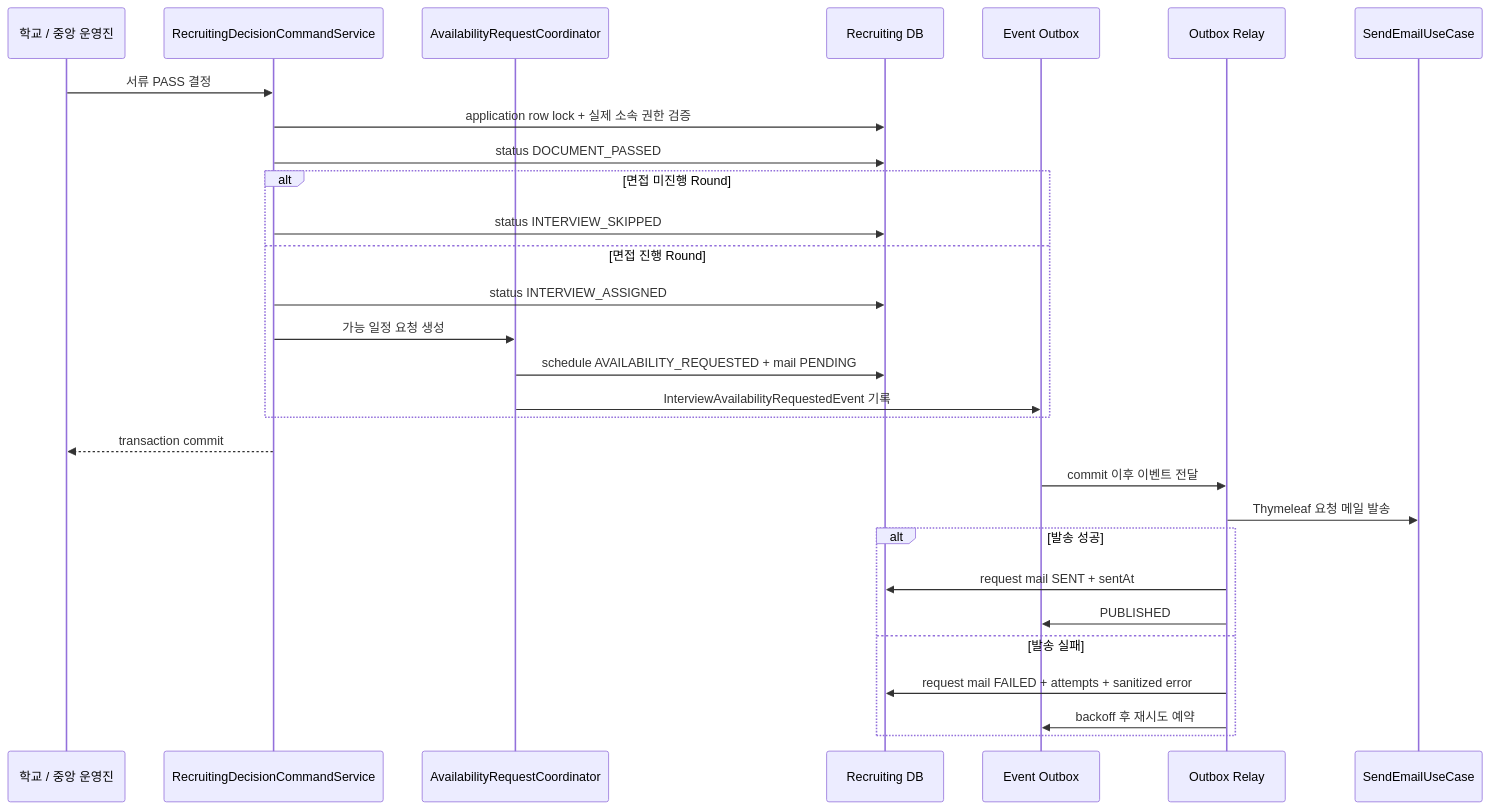
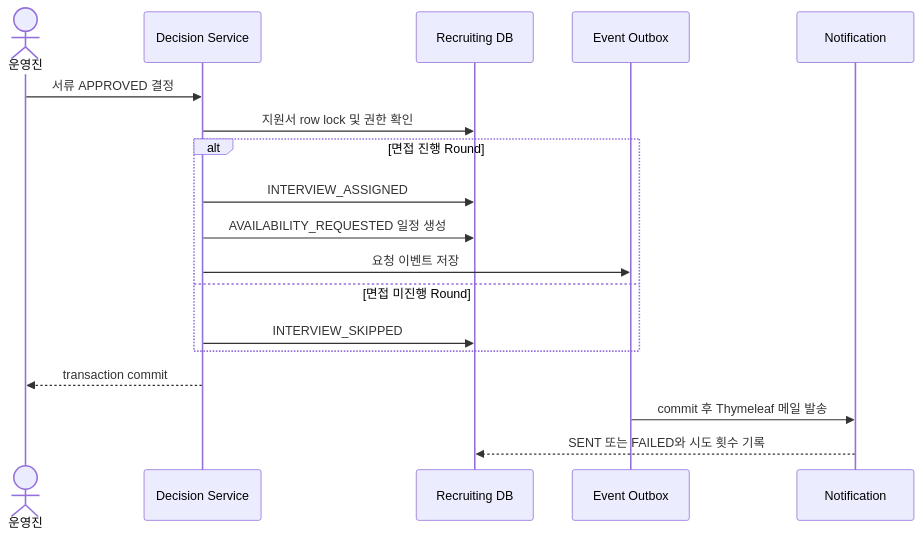
One commit to UMC-PRODUCT/cygnus-server changed the fifth of 6 diagrams in docs/onboarding/domain/recruiting-diagrams.md. Above: the diagram before and after it, drawn with Mermaid. The commit also changed other lines of this file and 193 other files, not shown here.

````diff
--- a/docs/onboarding/domain/recruiting-diagrams.md
+++ b/docs/onboarding/domain/recruiting-diagrams.md
@@ -355,33 +166,21 @@
 ```mermaid
 sequenceDiagram
-    participant Operator as 학교 / 중앙 운영진
-    participant Decision as RecruitingDecisionCommandService
-    participant Schedule as AvailabilityRequestCoordinator
+    actor Operator as 운영진
+    participant Decision as Decision Service
     participant DB as Recruiting DB
     participant Outbox as Event Outbox
-    participant Relay as Outbox Relay
-    participant Notification as SendEmailUseCase
+    participant Mail as Notification
 
-    Operator->>Decision: 서류 PASS 결정
-    Decision->>DB: application row lock + 실제 소속 권한 검증
-    Decision->>DB: status DOCUMENT_PASSED
-    alt 면접 미진행 Round
-        Decision->>DB: status INTERVIEW_SKIPPED
-    else 면접 진행 Round
-        Decision->>DB: status INTERVIEW_ASSIGNED
-        Decision->>Schedule: 가능 일정 요청 생성
-        Schedule->>DB: schedule AVAILABILITY_REQUESTED + mail PENDING
-        Schedule->>Outbox: InterviewAvailabilityRequestedEvent 기록
+    Operator->>Decision: 서류 APPROVED 결정
+    Decision->>DB: 지원서 row lock 및 권한 확인
+    alt 면접 진행 Round
+        Decision->>DB: INTERVIEW_ASSIGNED
+        Decision->>DB: AVAILABILITY_REQUESTED 일정 생성
+        Decision->>Outbox: 요청 이벤트 저장
+    else 면접 미진행 Round
+        Decision->>DB: INTERVIEW_SKIPPED
     end
     Decision-->>Operator: transaction commit
-
-    Outbox->>Relay: commit 이후 이벤트 전달
-    Relay->>Notification: Thymeleaf 요청 메일 발송
-    alt 발송 성공
-        Relay->>DB: request mail SENT + sentAt
-        Relay->>Outbox: PUBLISHED
-    else 발송 실패
-        Relay->>DB: request mail FAILED + attempts + sanitized error
-        Relay->>Outbox: backoff 후 재시도 예약
-    end
+    Outbox->>Mail: commit 후 Thymeleaf 메일 발송
+    Mail-->>DB: SENT 또는 FAILED와 시도 횟수 기록
 ```
````
